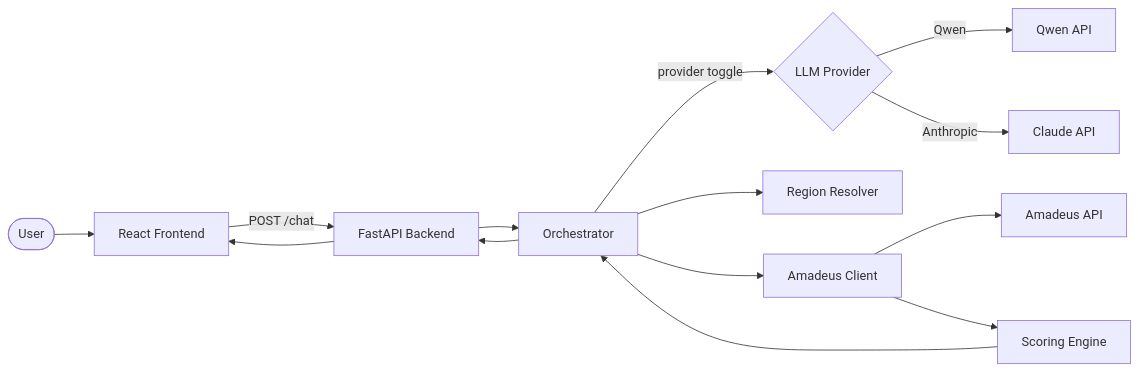
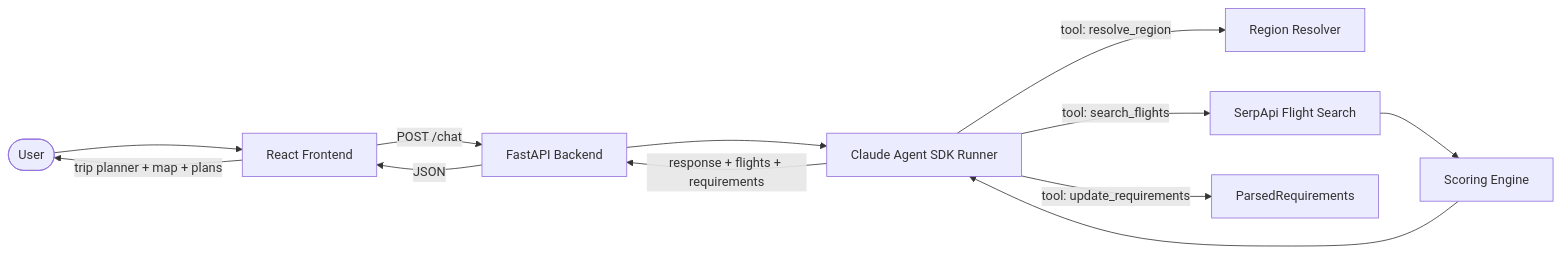
Before and after one commit to boaz-ng/traveling-salesmen: the diagram in README.md, drawn with Mermaid. The commit also changed other lines of this file and 6 other files, not shown here.

````diff
--- a/README.md
+++ b/README.md
@@ -7,16 +9,14 @@
 ```mermaid
 flowchart LR
     User([User]) --> Frontend[React Frontend]
     Frontend -->|POST /chat| FastAPI[FastAPI Backend]
-    FastAPI --> Orchestrator[Orchestrator]
-    Orchestrator -->|provider toggle| Provider{LLM Provider}
-    Provider -->|Qwen| Qwen[Qwen API]
-    Provider -->|Anthropic| Claude[Claude API]
-    Orchestrator --> Regions[Region Resolver]
-    Orchestrator --> AmadeusClient[Amadeus Client]
-    AmadeusClient --> Amadeus[Amadeus API]
-    AmadeusClient --> Scoring[Scoring Engine]
-    Scoring --> Orchestrator
-    Orchestrator --> FastAPI
-    FastAPI --> Frontend
+    FastAPI --> AgentRunner[Claude Agent SDK Runner]
+    AgentRunner -->|tool: resolve_region| Regions[Region Resolver]
+    AgentRunner -->|tool: search_flights| SerpApi[SerpApi Flight Search]
+    AgentRunner -->|tool: update_requirements| ParsedReqs[ParsedRequirements]
+    SerpApi --> Scoring[Scoring Engine]
+    Scoring --> AgentRunner
+    AgentRunner -->|response + flights + requirements| FastAPI
+    FastAPI -->|JSON| Frontend
+    Frontend -->|trip planner + map + plans| User
 ```
````
